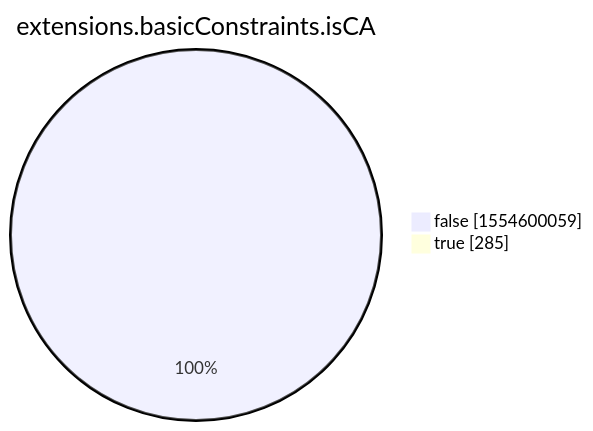
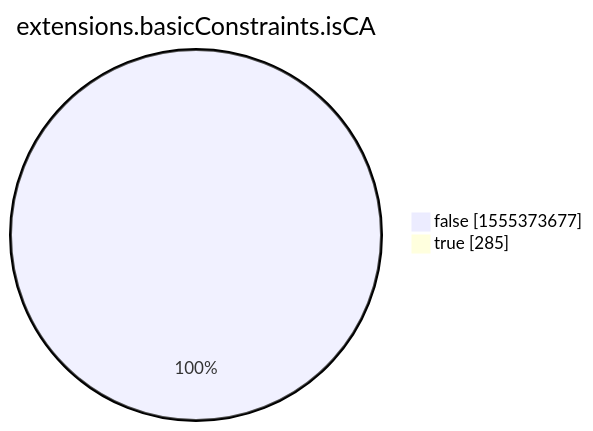
The eighth of 15 diagrams in xenon2022/README.md (christiankrug/ctmonitor_visualization), drawn with Mermaid before and after one commit. The commit also changed other lines of this file, not shown here.

````diff
--- a/xenon2022/README.md
+++ b/xenon2022/README.md
@@ -2860,6 +2860,6 @@
 ```mermaid
 pie showData
 title extensions.basicConstraints.isCA
-"false" :1554600059
+"false" :1555373677
 "true" :285
 ```
````
